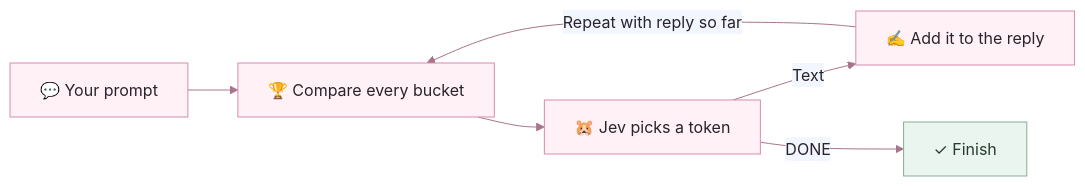
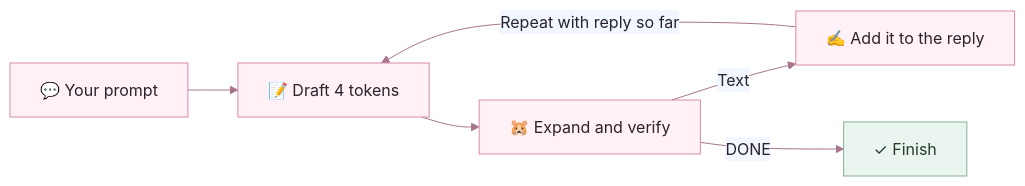
The diagram in README.md (giga-james/jevgpt), drawn with Mermaid before and after one commit. The commit also changed other lines of this file and 9 other files, not shown here.

Commit message:
Default to four heuristic draft tokens with batched vocabulary expansion

````diff
--- a/README.md
+++ b/README.md
@@ -44,10 +44,10 @@
 ```mermaid
 %%{init: {"theme": "base", "themeVariables": {"primaryColor": "#fff1f6", "primaryTextColor": "#29232b", "primaryBorderColor": "#d88bad", "lineColor": "#a7748c", "fontFamily": "sans-serif"}}}%%
 flowchart LR
-    P["💬 Your prompt"] --> N["🏆 Compare every bucket"]
-    N --> J["🐹 Jev picks a token"]
+    P["💬 Your prompt"] --> N["📝 Draft 4 tokens"]
+    N --> J["🐹 Expand and verify"]
     J -- "Text" --> A["✍️ Add it to the reply"]
     A -- "Repeat with reply so far" --> N
     J -- "DONE" --> E["✓ Finish"]
     style E fill:#eaf5ef,stroke:#86ad95,color:#263a2e
 ```
````
